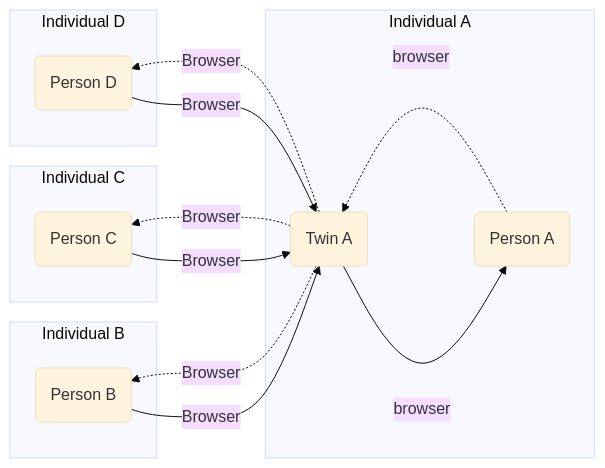
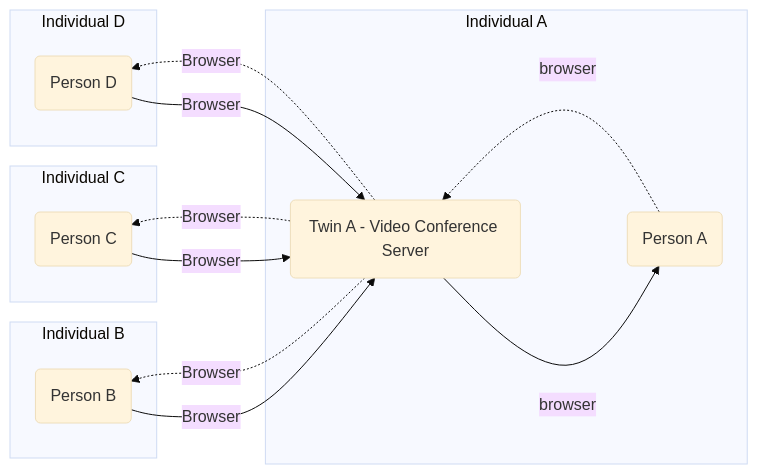
The second of 2 diagrams in docs/feasibility_study/src/Capabilities/Communication_video.md (ourworldventures/ourworld_books_OLD), drawn with Mermaid (base theme) before and after one commit. The commit also changed 38 other files, not shown here.

Commit message:
Updated mermaids

````diff
--- a/docs/feasibility_study/src/Capabilities/Communication_video.md
+++ b/docs/feasibility_study/src/Capabilities/Communication_video.md
@@ -58,22 +58,23 @@
 ```mermaid
 graph RL
     
     subgraph Individual A
-    INDIVIDUALA(Person A)
-    INDIVIDUALA .->|browser| TWINA
-    TWINA -->|browser| INDIVIDUALA
+        INDIVIDUALA(Person A)
+        INDIVIDUALA .->|browser| TWINA
+        TWINA -->|browser| INDIVIDUALA
     end
-    TWINA(Twin A) .->|Browser| INDIVIDUALB
-    TWINA(Twin A) .->|Browser| INDIVIDUALC
-    TWINA(Twin A) .->|Browser| INDIVIDUALD
+
+        TWINA(Twin A - Video Conference Server) .->|Browser| INDIVIDUALB
+        TWINA .->|Browser| INDIVIDUALC
+        TWINA .->|Browser| INDIVIDUALD
     subgraph Individual B
-    INDIVIDUALB(Person B) -->|Browser| TWINA
+        INDIVIDUALB(Person B) -->|Browser| TWINA
     end
     subgraph Individual C
-    INDIVIDUALC(Person C) -->|Browser| TWINA
+        INDIVIDUALC(Person C) -->|Browser| TWINA
     end
     subgraph Individual D
     INDIVIDUALD(Person D) -->|Browser| TWINA
     end
 
 ```
````
